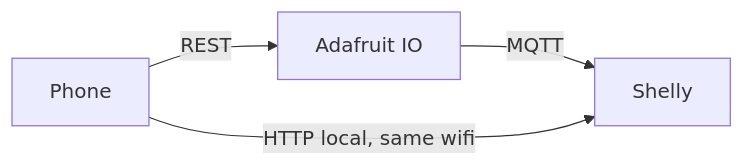
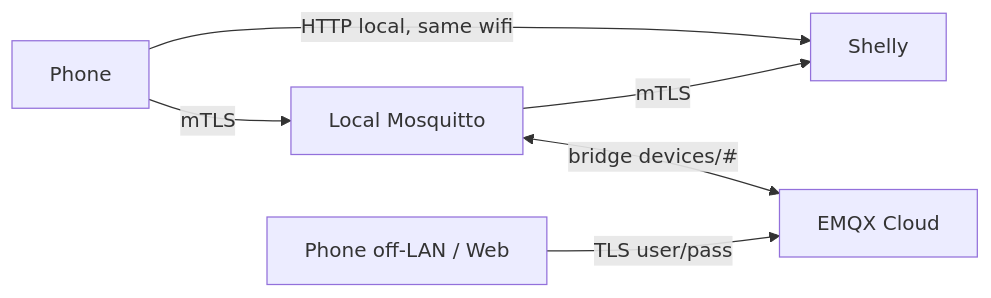
Before and after one commit to Laffs2k5/shelly-coffee-timer: the diagram in CLAUDE.md, drawn with Mermaid. The commit also changed other lines of this file and 36 other files, not shown here.

First line of the commit message:
feat: v2 — local MQTT broker + cloud bridge + connectivity watchdog

````diff
--- a/CLAUDE.md
+++ b/CLAUDE.md
@@ -62,5 +65,7 @@
 ```mermaid
 graph LR
-    Phone -->|REST| AIO[Adafruit IO] -->|MQTT| Shelly
     Phone -->|HTTP local, same wifi| Shelly
+    Phone -->|mTLS| Mosq[Local Mosquitto] <-->|bridge devices/#| EMQX[EMQX Cloud]
+    PhoneOff[Phone off-LAN / Web] -->|TLS user/pass| EMQX
+    Mosq -->|mTLS| Shelly
 ```
````
